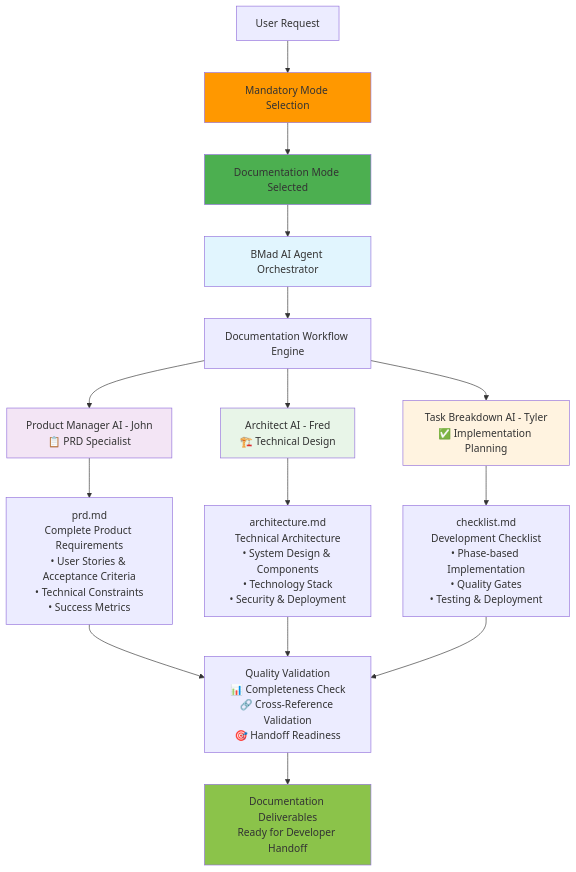
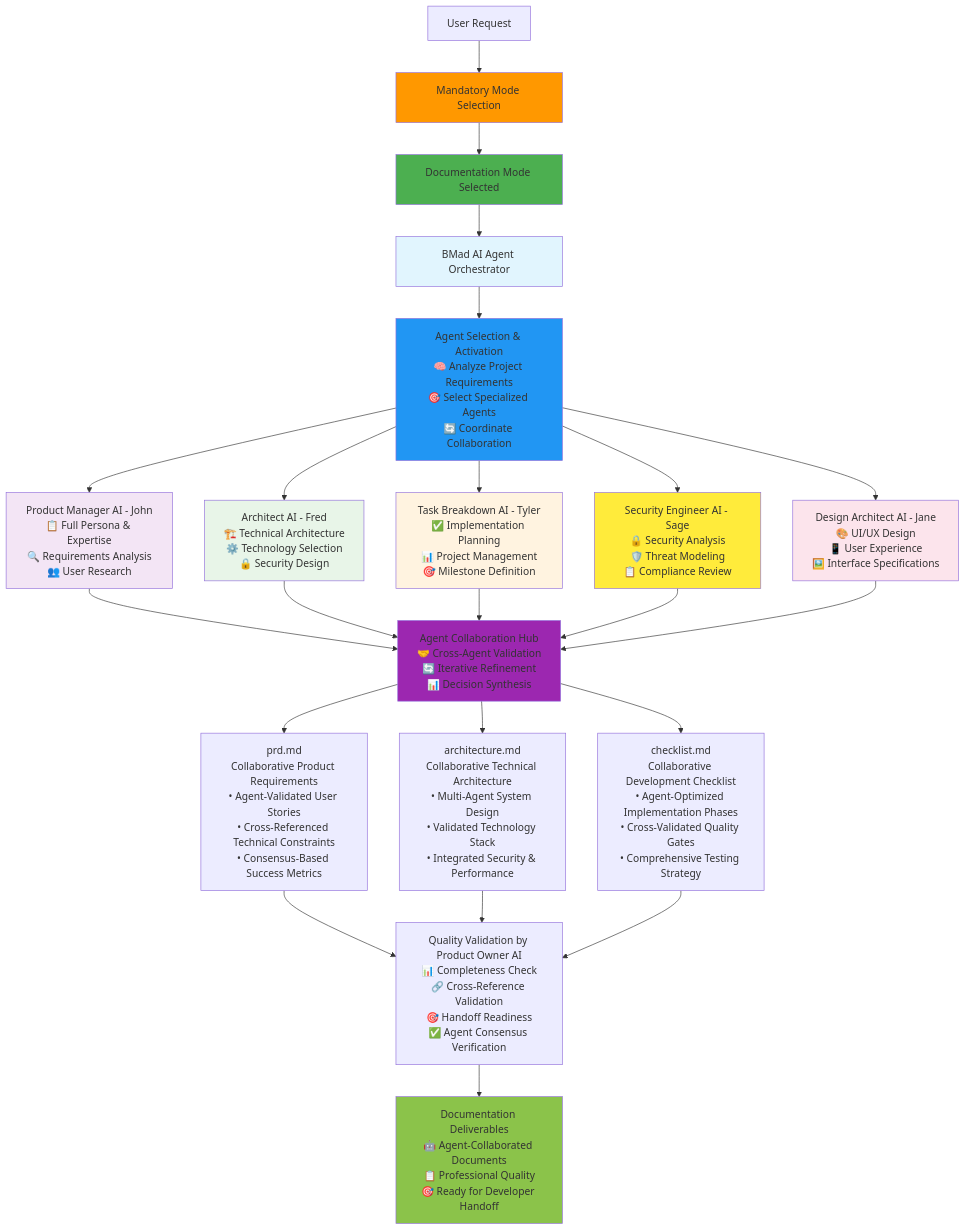
One commit to usemanusai/CodeMAD changed the third of 7 diagrams in README.md. Above: the diagram before and after it, drawn with Mermaid. The commit also changed other lines of this file and 4 other files, not shown here.

````diff
--- a/README.md
+++ b/README.md
@@ -275,32 +296,44 @@
 ```mermaid
 graph TD
     A[User Request] --> MS[Mandatory Mode Selection]
     MS --> DM[Documentation Mode Selected]
 
     DM --> B[BMad AI Agent Orchestrator]
-    B --> DW[Documentation Workflow Engine]
+    B --> AS[Agent Selection & Activation<br/>🧠 Analyze Project Requirements<br/>🎯 Select Specialized Agents<br/>🔄 Coordinate Collaboration]
 
-    DW --> PM[Product Manager AI - John<br/>📋 PRD Specialist]
-    DW --> AR[Architect AI - Fred<br/>🏗️ Technical Design]
-    DW --> TB[Task Breakdown AI - Tyler<br/>✅ Implementation Planning]
+    AS --> PM[Product Manager AI - John<br/>📋 Full Persona & Expertise<br/>🔍 Requirements Analysis<br/>👥 User Research]
+    AS --> AR[Architect AI - Fred<br/>🏗️ Technical Architecture<br/>⚙️ Technology Selection<br/>🔒 Security Design]
+    AS --> TB[Task Breakdown AI - Tyler<br/>✅ Implementation Planning<br/>📊 Project Management<br/>🎯 Milestone Definition]
+    AS --> SE[Security Engineer AI - Sage<br/>🔒 Security Analysis<br/>🛡️ Threat Modeling<br/>📋 Compliance Review]
+    AS --> DA[Design Architect AI - Jane<br/>🎨 UI/UX Design<br/>📱 User Experience<br/>🖼️ Interface Specifications]
 
-    PM --> PRD[prd.md<br/>Complete Product Requirements<br/>• User Stories & Acceptance Criteria<br/>• Technical Constraints<br/>• Success Metrics]
+    PM --> COLLAB[Agent Collaboration Hub<br/>🤝 Cross-Agent Validation<br/>🔄 Iterative Refinement<br/>📊 Decision Synthesis]
+    AR --> COLLAB
+    TB --> COLLAB
+    SE --> COLLAB
+    DA --> COLLAB
 
-    AR --> ARCH[architecture.md<br/>Technical Architecture<br/>• System Design & Components<br/>• Technology Stack<br/>• Security & Deployment]
+    COLLAB --> PRD[prd.md<br/>Collaborative Product Requirements<br/>• Agent-Validated User Stories<br/>• Cross-Referenced Technical Constraints<br/>• Consensus-Based Success Metrics]
 
-    TB --> CHECK[checklist.md<br/>Development Checklist<br/>• Phase-based Implementation<br/>• Quality Gates<br/>• Testing & Deployment]
+    COLLAB --> ARCH[architecture.md<br/>Collaborative Technical Architecture<br/>• Multi-Agent System Design<br/>• Validated Technology Stack<br/>• Integrated Security & Performance]
 
-    PRD --> QV[Quality Validation<br/>📊 Completeness Check<br/>🔗 Cross-Reference Validation<br/>🎯 Handoff Readiness]
+    COLLAB --> CHECK[checklist.md<br/>Collaborative Development Checklist<br/>• Agent-Optimized Implementation Phases<br/>• Cross-Validated Quality Gates<br/>• Comprehensive Testing Strategy]
+
+    PRD --> QV[Quality Validation by Product Owner AI<br/>📊 Completeness Check<br/>🔗 Cross-Reference Validation<br/>🎯 Handoff Readiness<br/>✅ Agent Consensus Verification]
     ARCH --> QV
     CHECK --> QV
 
-    QV --> DD[Documentation Deliverables<br/>Ready for Developer Handoff]
+    QV --> DD[Documentation Deliverables<br/>🤖 Agent-Collaborated Documents<br/>📋 Professional Quality<br/>🎯 Ready for Developer Handoff]
 
     style MS fill:#ff9800
     style DM fill:#4caf50
     style B fill:#e1f5fe
+    style AS fill:#2196f3
+    style COLLAB fill:#9c27b0
     style PM fill:#f3e5f5
     style AR fill:#e8f5e8
     style TB fill:#fff3e0
+    style SE fill:#ffeb3b
+    style DA fill:#fce4ec
     style DD fill:#8bc34a
 ```
````
